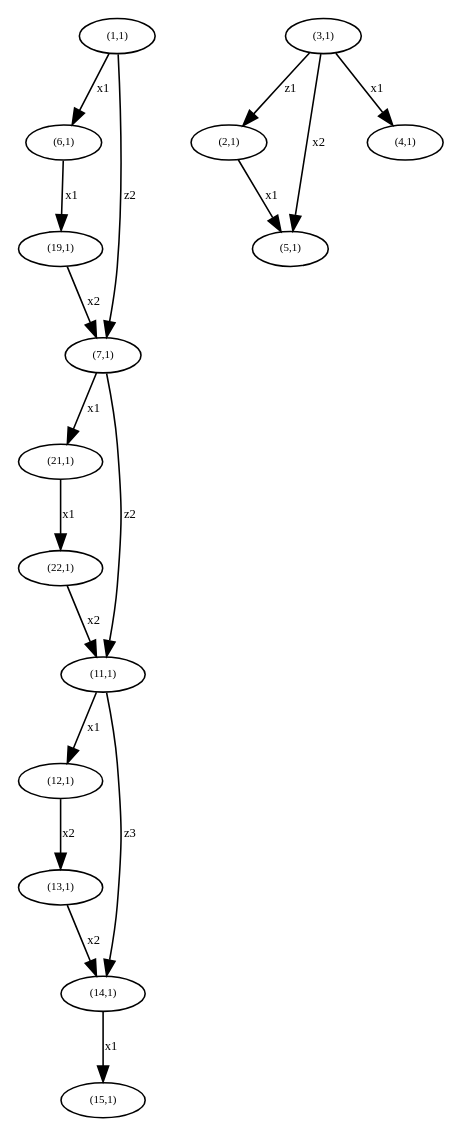
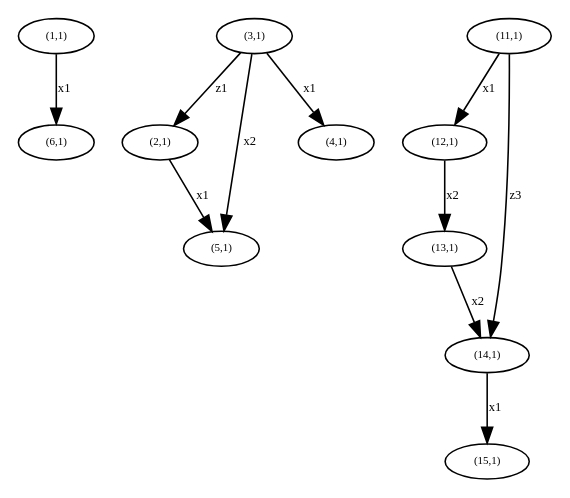
Before and after one commit to AndrewDuncan/Doublecoset: the diagram in python/genfold/alg3_test_D2_1.gv, drawn with Graphviz. The commit also changed 6 other files, not shown here.

```diff
--- a/python/genfold/alg3_test_D2_1.gv
+++ b/python/genfold/alg3_test_D2_1.gv
@@ -1,34 +1,22 @@
 digraph D2_1 {
 "Hv(1,1)" [label="(1,1)",fontsize=7,width=.01,height=.01];
 "Hv(1,1)" -> "Hv(6,1)" [label="x1",fontsize=8];
-"Hv(1,1)" -> "Hv(7,1)" [label="z2",fontsize=8];
 "Hv(2,1)" [label="(2,1)",fontsize=7,width=.01,height=.01];
 "Hv(2,1)" -> "Hv(5,1)" [label="x1",fontsize=8];
 "Hv(3,1)" [label="(3,1)",fontsize=7,width=.01,height=.01];
 "Hv(3,1)" -> "Hv(5,1)" [label="x2",fontsize=8];
 "Hv(3,1)" -> "Hv(4,1)" [label="x1",fontsize=8];
 "Hv(3,1)" -> "Hv(2,1)" [label="z1",fontsize=8];
 "Hv(4,1)" [label="(4,1)",fontsize=7,width=.01,height=.01];
 "Hv(5,1)" [label="(5,1)",fontsize=7,width=.01,height=.01];
 "Hv(6,1)" [label="(6,1)",fontsize=7,width=.01,height=.01];
-"Hv(6,1)" -> "Hv(19,1)" [label="x1",fontsize=8];
-"Hv(7,1)" [label="(7,1)",fontsize=7,width=.01,height=.01];
-"Hv(7,1)" -> "Hv(21,1)" [label="x1",fontsize=8];
-"Hv(7,1)" -> "Hv(11,1)" [label="z2",fontsize=8];
 "Hv(11,1)" [label="(11,1)",fontsize=7,width=.01,height=.01];
 "Hv(11,1)" -> "Hv(12,1)" [label="x1",fontsize=8];
 "Hv(11,1)" -> "Hv(14,1)" [label="z3",fontsize=8];
 "Hv(12,1)" [label="(12,1)",fontsize=7,width=.01,height=.01];
 "Hv(12,1)" -> "Hv(13,1)" [label="x2",fontsize=8];
 "Hv(13,1)" [label="(13,1)",fontsize=7,width=.01,height=.01];
 "Hv(13,1)" -> "Hv(14,1)" [label="x2",fontsize=8];
 "Hv(14,1)" [label="(14,1)",fontsize=7,width=.01,height=.01];
 "Hv(14,1)" -> "Hv(15,1)" [label="x1",fontsize=8];
-"Hv(15,1)" [label="(15,1)",fontsize=7,width=.01,height=.01];
-"Hv(19,1)" [label="(19,1)",fontsize=7,width=.01,height=.01];
-"Hv(19,1)" -> "Hv(7,1)" [label="x2",fontsize=8];
-"Hv(21,1)" [label="(21,1)",fontsize=7,width=.01,height=.01];
-"Hv(21,1)" -> "Hv(22,1)" [label="x1",fontsize=8];
-"Hv(22,1)" [label="(22,1)",fontsize=7,width=.01,height=.01];
-"Hv(22,1)" -> "Hv(11,1)" [label="x2",fontsize=8];
-}
+"Hv(15,1)" [label="(15,1)",fontsize=7,width=.01,height=.01];}
```
